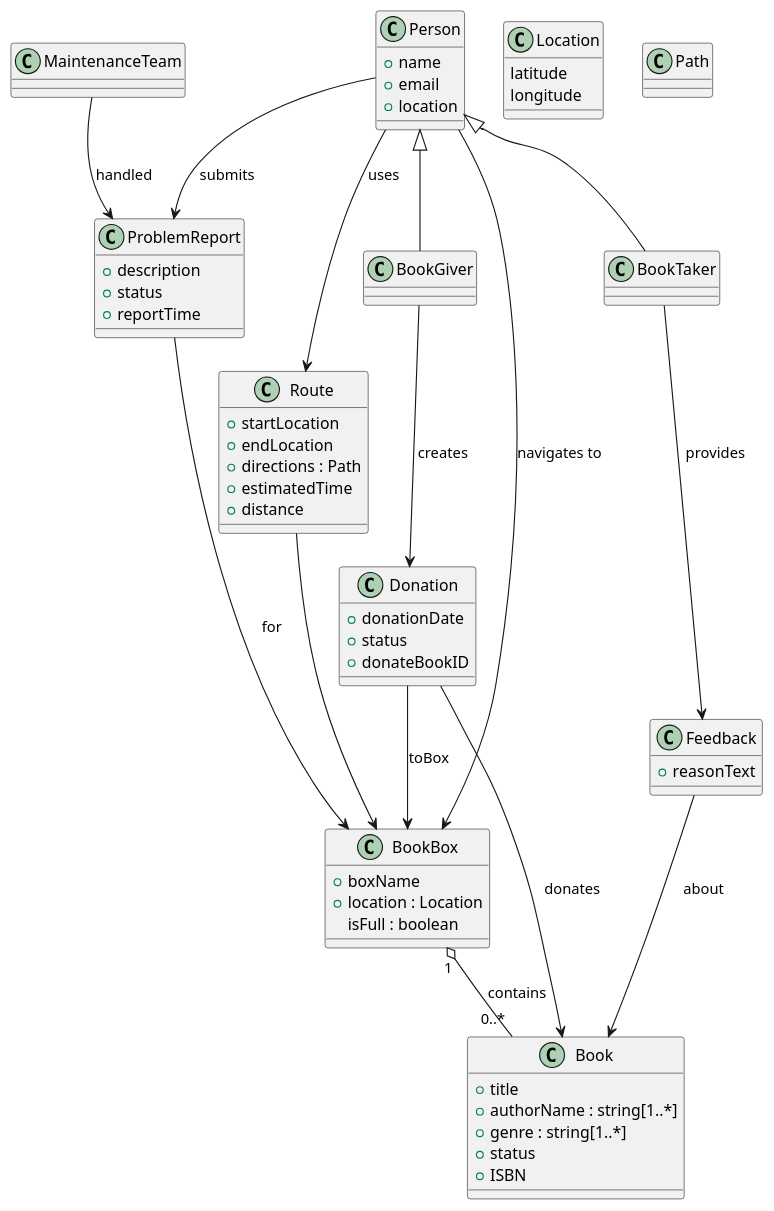
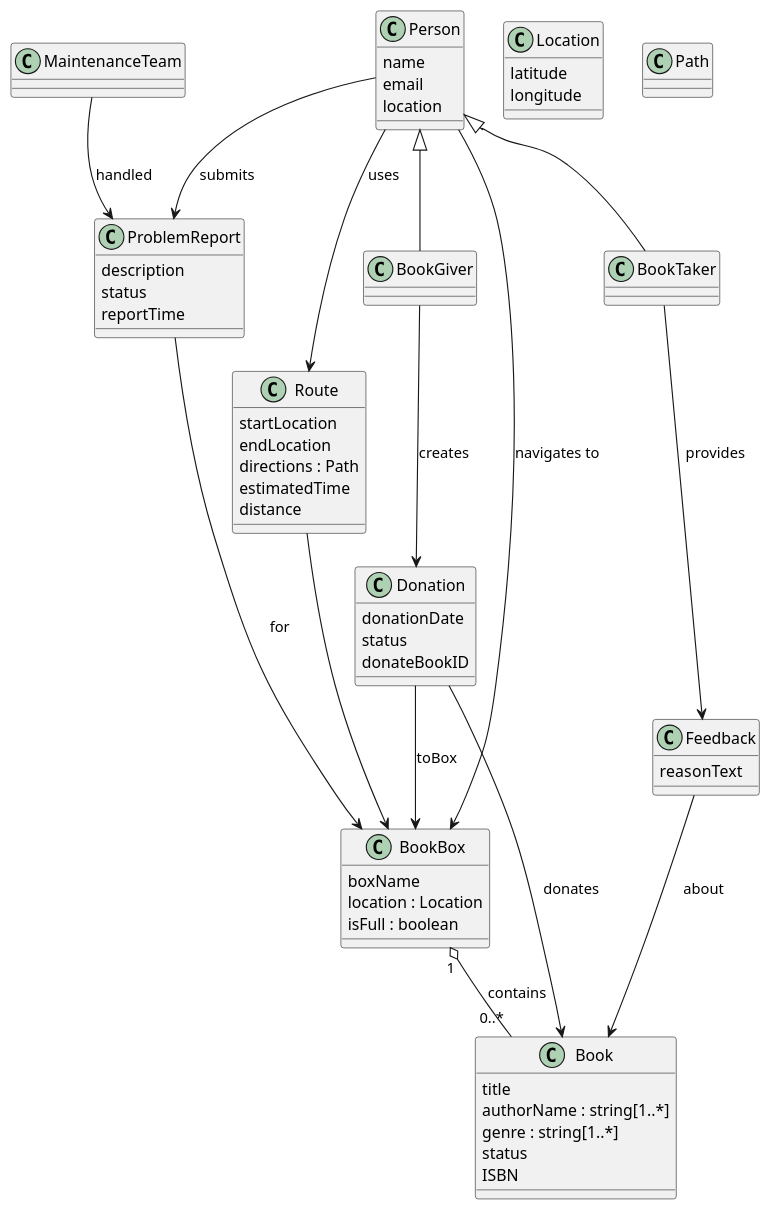
The diagram in UMLDiagram/domain.puml (lauuragarciam/Introduction-to-Software), drawn with PlantUML before and after one commit.

```diff
--- a/UMLDiagram/domain.puml
+++ b/UMLDiagram/domain.puml
@@ -1,89 +1,89 @@
 @startuml
 
 class Person {
-  +name
-  +email
-  +location
+  name
+  email
+  location
 }
 
 class BookTaker {
 }
 
 class BookGiver {
 }
 
 class BookBox {
-  +boxName
-  +location : Location 
+  boxName
+  location : Location 
   isFull : boolean
 }
 
 class Location {
     latitude
     longitude
 }
 
 class Book {
-  +title
-  +authorName : string[1..*]
-  +genre : string[1..*]
-  +status
-  +ISBN
+  title
+  authorName : string[1..*]
+  genre : string[1..*]
+  status
+  ISBN
 }
 
 
 class Donation {
-  +donationDate
-  +status
-  +donateBookID
+  donationDate
+  status
+  donateBookID
 }
 
 class Feedback {
-  +reasonText
+  reasonText
 }
 
 
 class ProblemReport {
-  +description
-  +status
-  +reportTime
+  description
+  status
+  reportTime
 }
 
 class MaintenanceTeam {
 }
 
 class Route {
-  +startLocation
-  +endLocation
-  +directions : Path
-  +estimatedTime
-  +distance
+  startLocation
+  endLocation
+  directions : Path
+  estimatedTime
+  distance
 }
 
 class Path {
 
 }
 
 Person <|-- BookTaker
 Person <|-- BookGiver
 
 
 BookBox "1" o-- "0..*" Book : contains
 
 
 Person --> Route : uses
 Route --> BookBox
 Person --> BookBox : navigates to
 
 Donation --> Book : donates
 BookGiver --> Donation : creates
 Donation --> BookBox : toBox
 
 BookTaker --> Feedback : provides
 Feedback --> Book : about
 
 Person --> ProblemReport : submits
 ProblemReport --> BookBox : for
 MaintenanceTeam --> ProblemReport : handled
 
 @enduml
```
